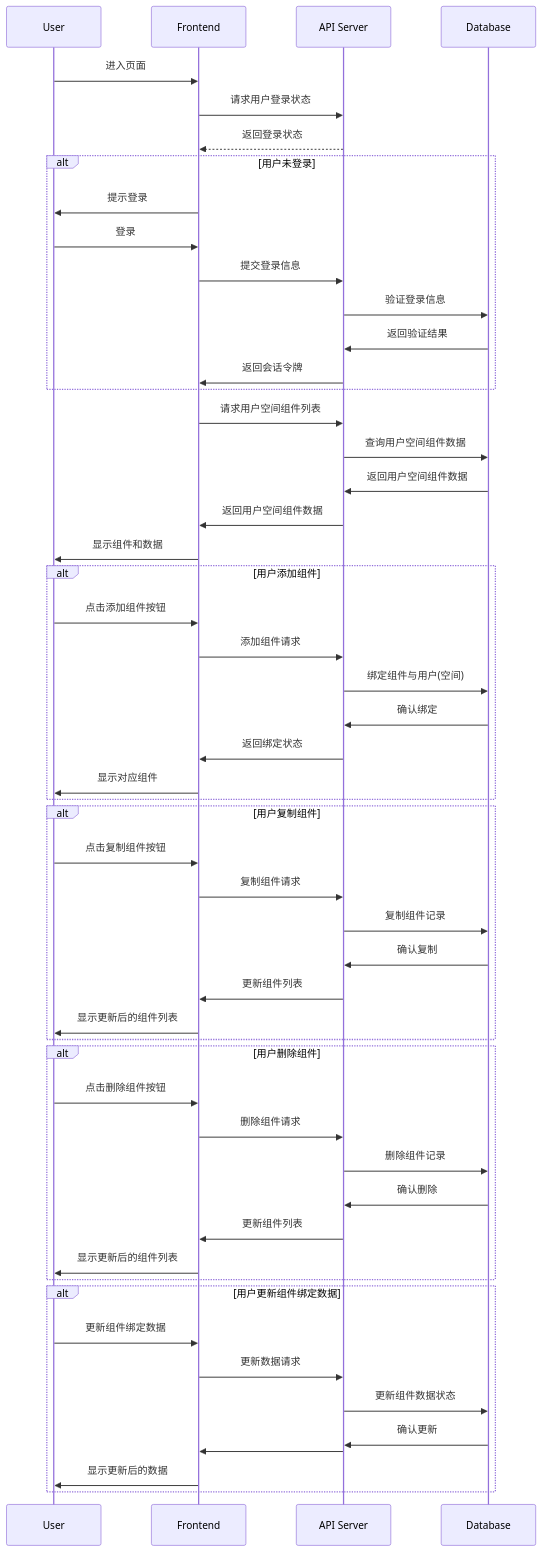
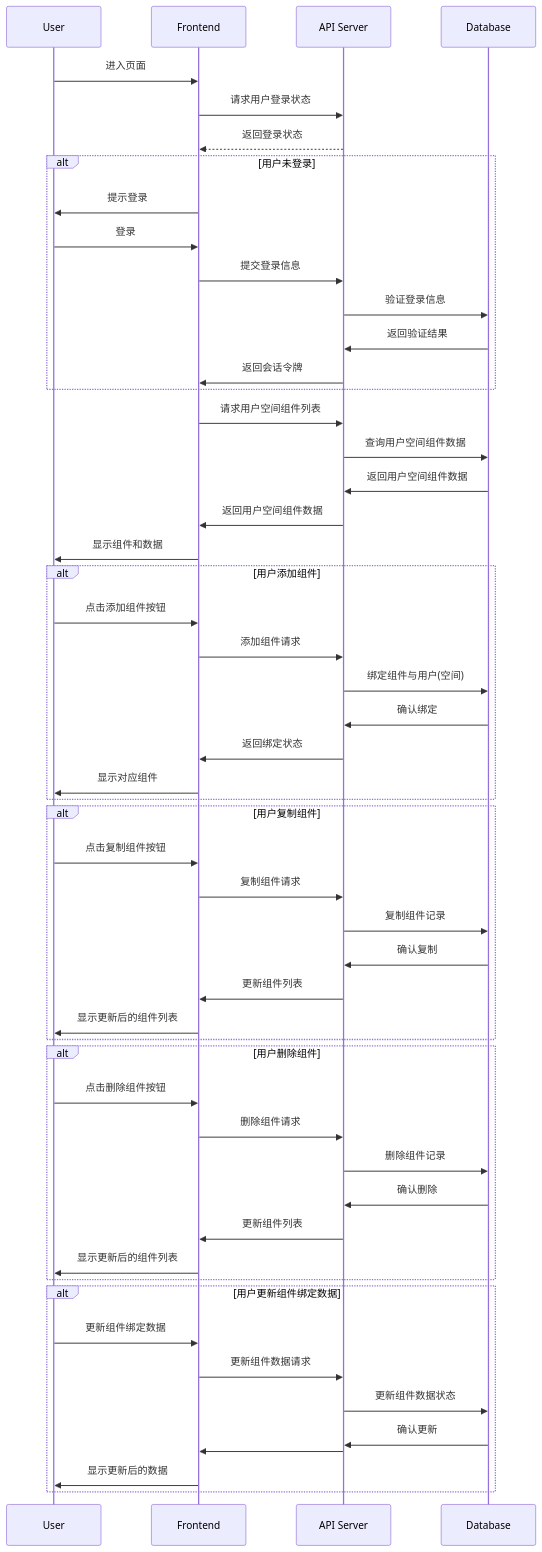
The diagram in all/未命名-7.md (yingjianzh/iodraw-files), drawn with Mermaid before and after one commit.

Commit message:
2024-10-09 10:28:56 update

````diff
--- a/all/未命名-7.md
+++ b/all/未命名-7.md
@@ -1,62 +1,62 @@
 ```mermaid
 sequenceDiagram
     participant User
     participant Frontend
     participant API Server
     participant Database
 
     User->>Frontend: 进入页面
     Frontend->>API Server: 请求用户登录状态
     API Server-->>Frontend: 返回登录状态
     alt 用户未登录
         Frontend->>User: 提示登录
         User->>Frontend: 登录
         Frontend->>API Server: 提交登录信息
         API Server->>Database: 验证登录信息
         Database->>API Server: 返回验证结果
         API Server->>Frontend: 返回会话令牌
     end
 
     Frontend->>API Server: 请求用户空间组件列表
     API Server->>Database: 查询用户空间组件数据
     Database->>API Server: 返回用户空间组件数据
     API Server->>Frontend: 返回用户空间组件数据
     Frontend->>User: 显示组件和数据
 
     alt 用户添加组件
         User->>Frontend: 点击添加组件按钮
         Frontend->>API Server: 添加组件请求
         API Server->>Database: 绑定组件与用户(空间)
         Database->>API Server: 确认绑定
         API Server->>Frontend: 返回绑定状态
         Frontend->>User: 显示对应组件
     end
 
     alt 用户复制组件
         User->>Frontend: 点击复制组件按钮
         Frontend->>API Server: 复制组件请求
         API Server->>Database: 复制组件记录
         Database->>API Server: 确认复制
         API Server->>Frontend: 更新组件列表
         Frontend->>User: 显示更新后的组件列表
     end
 
     alt 用户删除组件
         User->>Frontend: 点击删除组件按钮
         Frontend->>API Server: 删除组件请求
         API Server->>Database: 删除组件记录
         Database->>API Server: 确认删除
         API Server->>Frontend: 更新组件列表
         Frontend->>User: 显示更新后的组件列表
     end
 
     alt 用户更新组件绑定数据
         User->>Frontend: 更新组件绑定数据
-        Frontend->>API Server: 更新数据请求
+        Frontend->>API Server: 更新组件数据请求
         API Server->>Database: 更新组件数据状态
         Database->>API Server: 确认更新
         API Server->>Frontend: 
         Frontend->>User: 显示更新后的数据
     end
 
 ```
````
